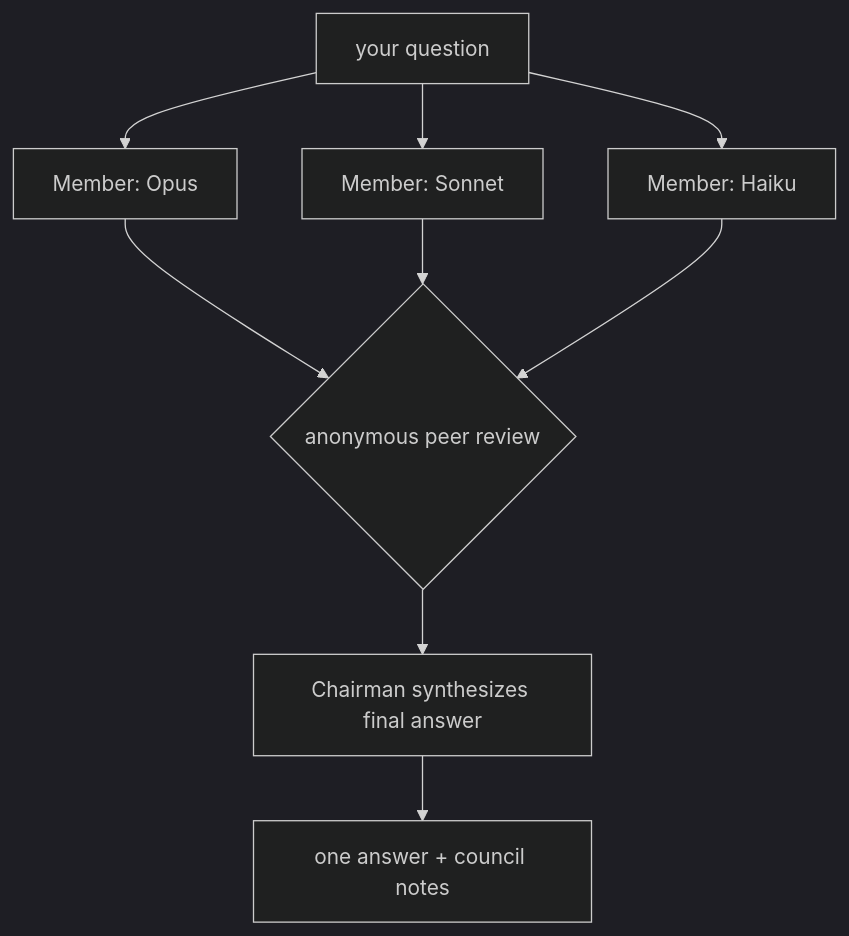
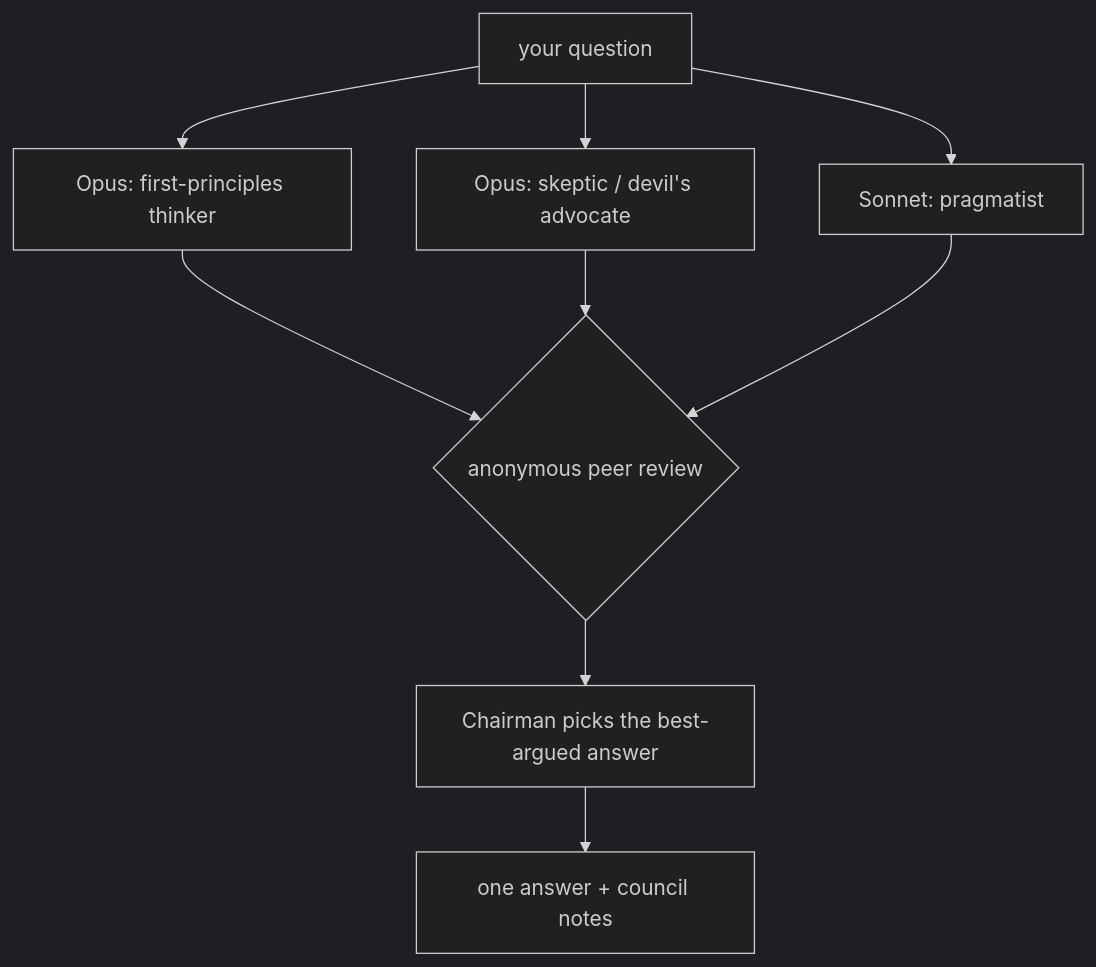
Before and after one commit to joppe2001/llm-council-skill: the diagram in README.md, drawn with Mermaid (dark theme). The commit also changed other lines of this file and 1 other file, not shown here.

Commit message:
feat: non-yes-man council (adversarial roles, opus+opus+sonnet default, drop haiku from default)

````diff
--- a/README.md
+++ b/README.md
@@ -33,11 +40,11 @@
 ```mermaid
 flowchart TD
-    Q[your question] --> A[Member: Opus]
-    Q --> B[Member: Sonnet]
-    Q --> C[Member: Haiku]
+    Q[your question] --> A[Opus: first-principles thinker]
+    Q --> B[Opus: skeptic / devil's advocate]
+    Q --> C[Sonnet: pragmatist]
     A --> R{anonymous peer review}
     B --> R
     C --> R
-    R --> CH[Chairman synthesizes final answer]
+    R --> CH[Chairman picks the best-argued answer]
     CH --> OUT[one answer + council notes]
 ```
````
